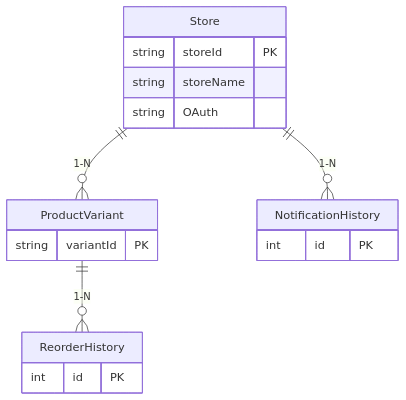
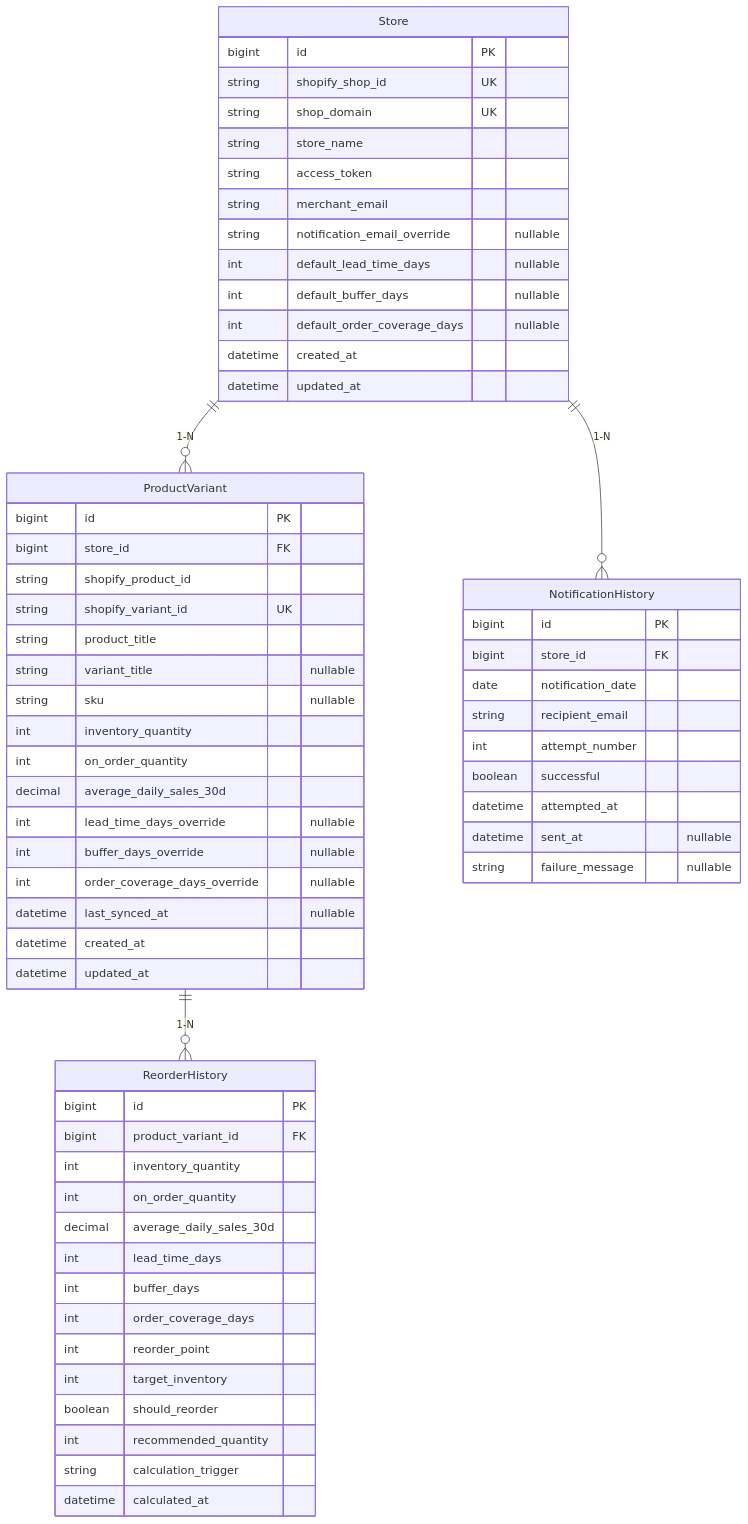
One commit to bravemeow/reorderkit changed the diagram in docs/erd.md. Above: the diagram before and after it, drawn with Mermaid. The commit also changed 8 other files, not shown here.

Commit message:
feat(persistence): add PostgresQL schema and JPA entities. Flyway and Docker Compose

````diff
--- a/docs/erd.md
+++ b/docs/erd.md
@@ -1,24 +1,69 @@
 ```mermaid
 erDiagram
     Store ||--o{ ProductVariant : "1-N"
     Store ||--o{ NotificationHistory : "1-N"
     ProductVariant ||--o{ ReorderHistory : "1-N"
     
     Store {
-        string storeId PK
-        string storeName
-        string OAuth
+        bigint id PK
+        string shopify_shop_id UK
+        string shop_domain UK
+        string store_name
+        string access_token
+        string merchant_email
+        string notification_email_override "nullable"
+        int default_lead_time_days "nullable"
+        int default_buffer_days "nullable"
+        int default_order_coverage_days "nullable"
+        datetime created_at
+        datetime updated_at
     }
-    
+
     ProductVariant {
-        string variantId PK
+        bigint id PK
+        bigint store_id FK
+        string shopify_product_id
+        string shopify_variant_id UK
+        string product_title
+        string variant_title "nullable"
+        string sku "nullable"
+        int inventory_quantity
+        int on_order_quantity
+        decimal average_daily_sales_30d
+        int lead_time_days_override "nullable"
+        int buffer_days_override "nullable"
+        int order_coverage_days_override "nullable"
+        datetime last_synced_at "nullable"
+        datetime created_at
+        datetime updated_at
     }
-    
+
     ReorderHistory {
-        int id PK
+        bigint id PK
+        bigint product_variant_id FK
+        int inventory_quantity
+        int on_order_quantity
+        decimal average_daily_sales_30d
+        int lead_time_days
+        int buffer_days
+        int order_coverage_days
+        int reorder_point
+        int target_inventory
+        boolean should_reorder
+        int recommended_quantity
+        string calculation_trigger
+        datetime calculated_at
     }
-    
+
     NotificationHistory {
-        int id PK
+        bigint id PK
+        bigint store_id FK
+        date notification_date
+        string recipient_email
+        int attempt_number
+        boolean successful
+        datetime attempted_at
+        datetime sent_at "nullable"
+        string failure_message "nullable"
     }
 ```
````
